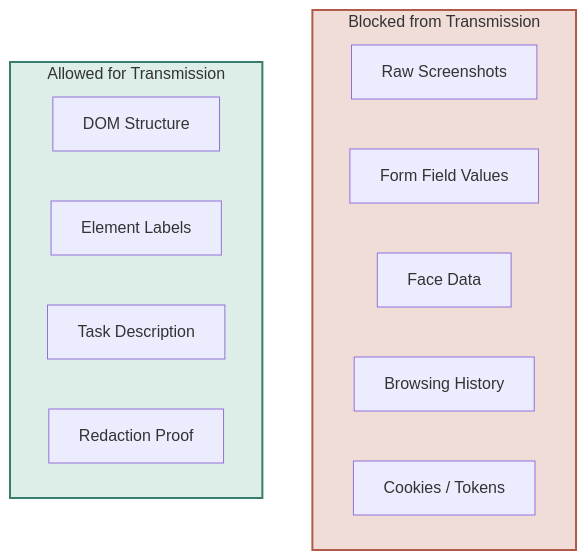
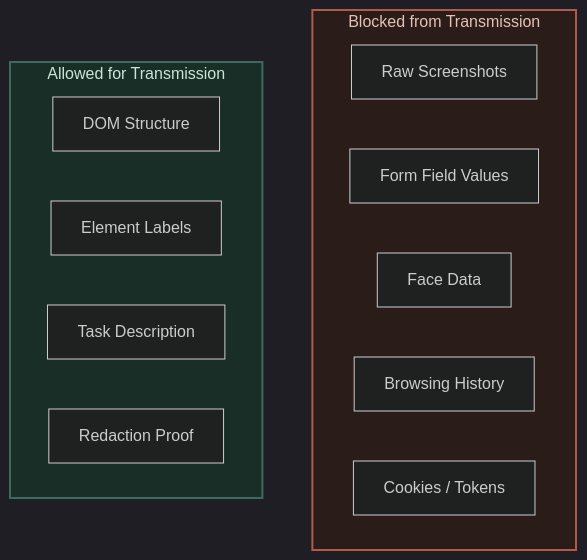
Before and after one commit to raidx545/super-agent: the third of 3 diagrams in README.md, drawn with Mermaid. The commit also changed other lines of this file, not shown here.

First line of the commit message:
feat: add dark mode theme to mermaid diagrams

````diff
--- a/README.md
+++ b/README.md
@@ -195,22 +197,23 @@
 ```mermaid
+%%{init: {'theme': 'dark', 'themeVariables': {'primaryColor': '#4a6fa5', 'primaryTextColor': '#e0e0e0', 'lineColor': '#6b8ab0', 'secondaryColor': '#3d6b5e', 'tertiaryColor': '#5c4a3a'}}}%%
 flowchart TB
     subgraph Blocked["Blocked from Transmission"]
         direction LR
         SS["Raw Screenshots"]
         FV["Form Field Values"]
         FD["Face Data"]
         BH["Browsing History"]
         CK["Cookies / Tokens"]
     end
 
     subgraph Allowed["Allowed for Transmission"]
         direction LR
         DS["DOM Structure"]
         EL["Element Labels"]
         TD["Task Description"]
         RP["Redaction Proof"]
     end
 
-    style Blocked fill:#f0ddd8,stroke:#b05a4a,stroke-width:2px
-    style Allowed fill:#dceee7,stroke:#3a7c6e,stroke-width:2px
+    style Blocked fill:#2a1c18,stroke:#b05a4a,stroke-width:2px,color:#e8c0b8
+    style Allowed fill:#1a2e28,stroke:#3d6b5e,stroke-width:2px,color:#c8e6d8
 ```
````
